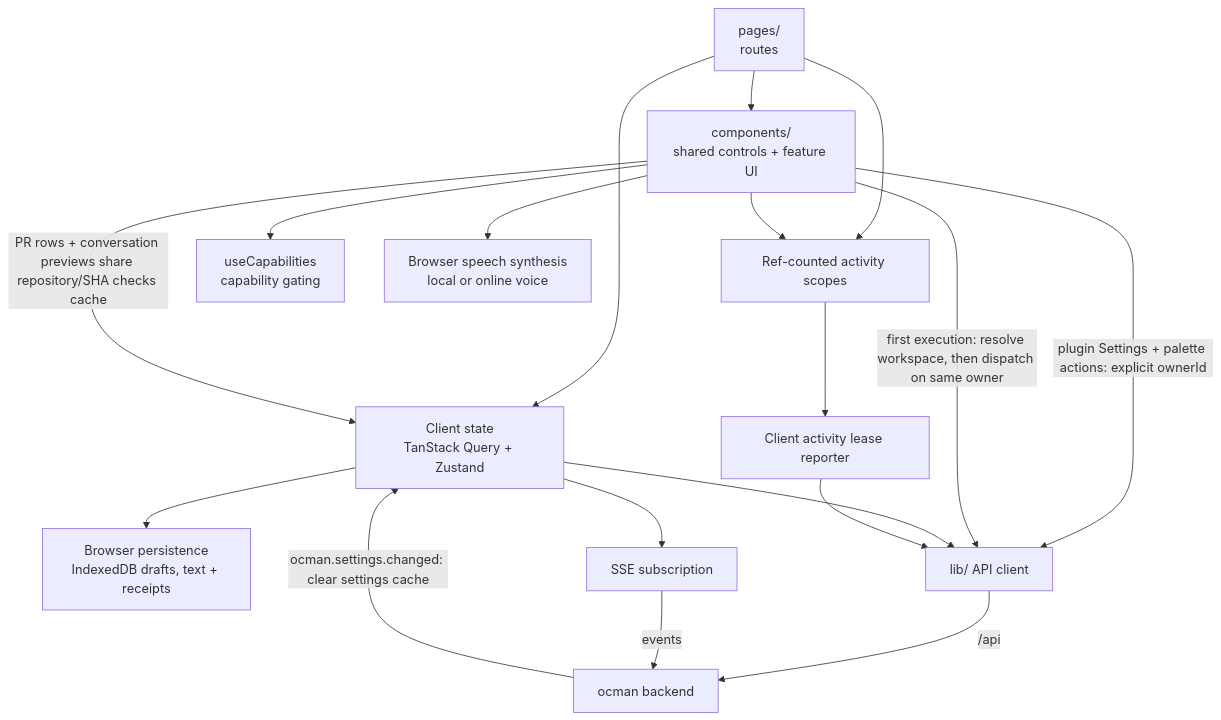
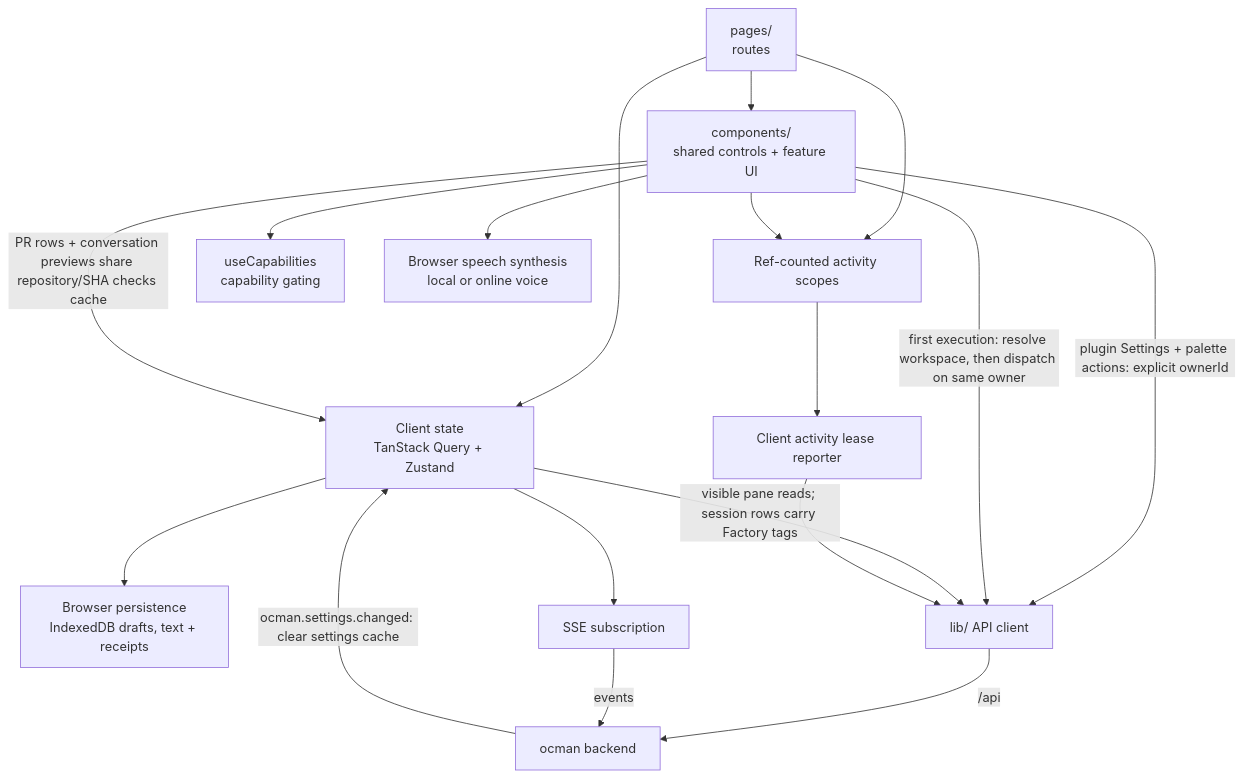
One commit to ocman/ocman changed the fourth of 5 diagrams in docs/other/architecture.md. Above: the diagram before and after it, drawn with Mermaid. The commit also changed other lines of this file and 37 other files, not shown here.

````diff
--- a/docs/other/architecture.md
+++ b/docs/other/architecture.md
@@ -483,20 +489,20 @@
 ```mermaid
 flowchart TD
     Pages[pages/<br/>routes] --> Comp[components/<br/>shared controls + feature UI]
     Pages --> Stores[Client state<br/>TanStack Query + Zustand]
     Stores --> Persistence[Browser persistence<br/>IndexedDB drafts, text + receipts]
     Comp -->|PR rows + conversation previews share repository/SHA checks cache| Stores
     Comp -->|plugin Settings + palette actions: explicit ownerId| API
     Comp -->|first execution: resolve workspace, then dispatch on same owner| API
-    Stores --> API[lib/ API client]
+    Stores -->|visible pane reads; session rows carry Factory tags| API[lib/ API client]
     Stores --> SSE[SSE subscription]
     Pages --> Scopes[Ref-counted activity scopes]
     Comp --> Scopes
     Scopes --> Reporter[Client activity lease reporter]
     Reporter --> API
     API -->|/api| Hub[ocman backend]
     SSE -->|events| Hub
     Hub -->|ocman.settings.changed: clear settings cache| Stores
     Comp --> Caps[useCapabilities<br/>capability gating]
     Comp --> Speech[Browser speech synthesis<br/>local or online voice]
 ```
````
